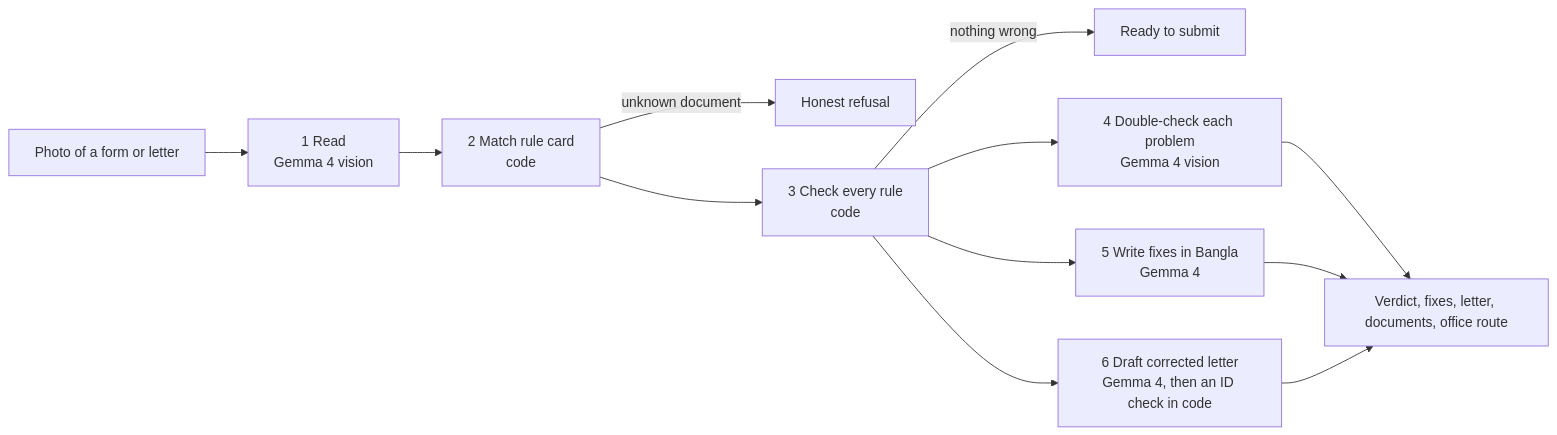
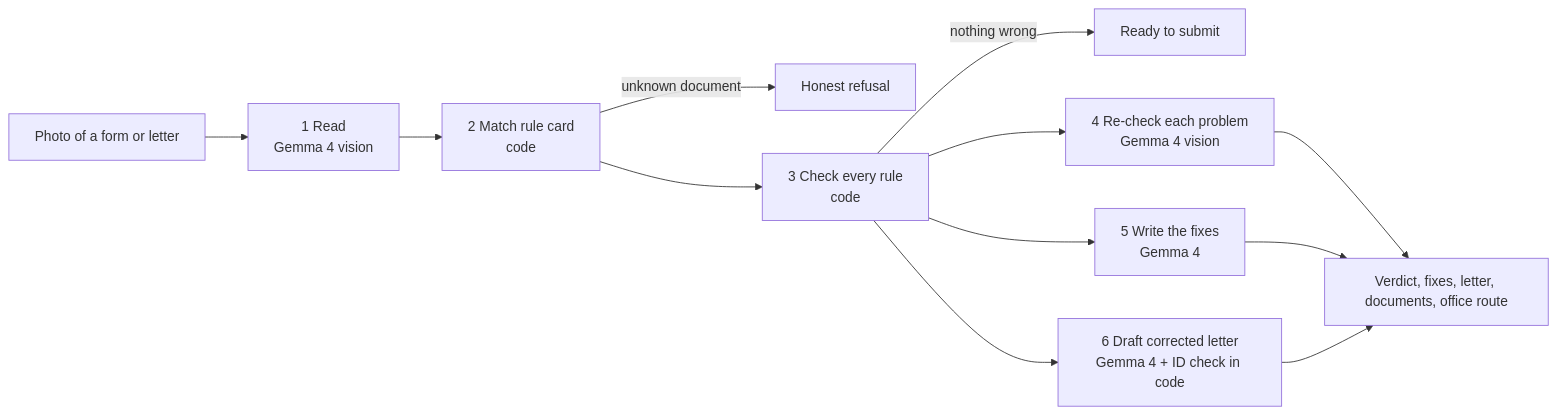
Before and after one commit to ai-naymul/formbondhu: the first of 2 diagrams in README.md, drawn with Mermaid. The commit also changed other lines of this file and 6 other files, not shown here.

First line of the commit message:
Deployed to https://formbondhu.vercel.app; full README with architecture, API and live evaluation

````diff
--- a/README.md
+++ b/README.md
@@ -29,14 +33,14 @@
 ```mermaid
 flowchart LR
   A[Photo of a form or letter] --> B["1 Read<br/>Gemma 4 vision"]
   B --> C["2 Match rule card<br/>code"]
   C -- unknown document --> X[Honest refusal]
   C --> D["3 Check every rule<br/>code"]
   D -- nothing wrong --> R[Ready to submit]
-  D --> E["4 Double-check each problem<br/>Gemma 4 vision"]
-  D --> F["5 Write fixes in Bangla<br/>Gemma 4"]
-  D --> G["6 Draft corrected letter<br/>Gemma 4, then an ID check in code"]
+  D --> E["4 Re-check each problem<br/>Gemma 4 vision"]
+  D --> F["5 Write the fixes<br/>Gemma 4"]
+  D --> G["6 Draft corrected letter<br/>Gemma 4 + ID check in code"]
   E --> V[Verdict, fixes, letter, documents, office route]
   F --> V
   G --> V
 ```
````
